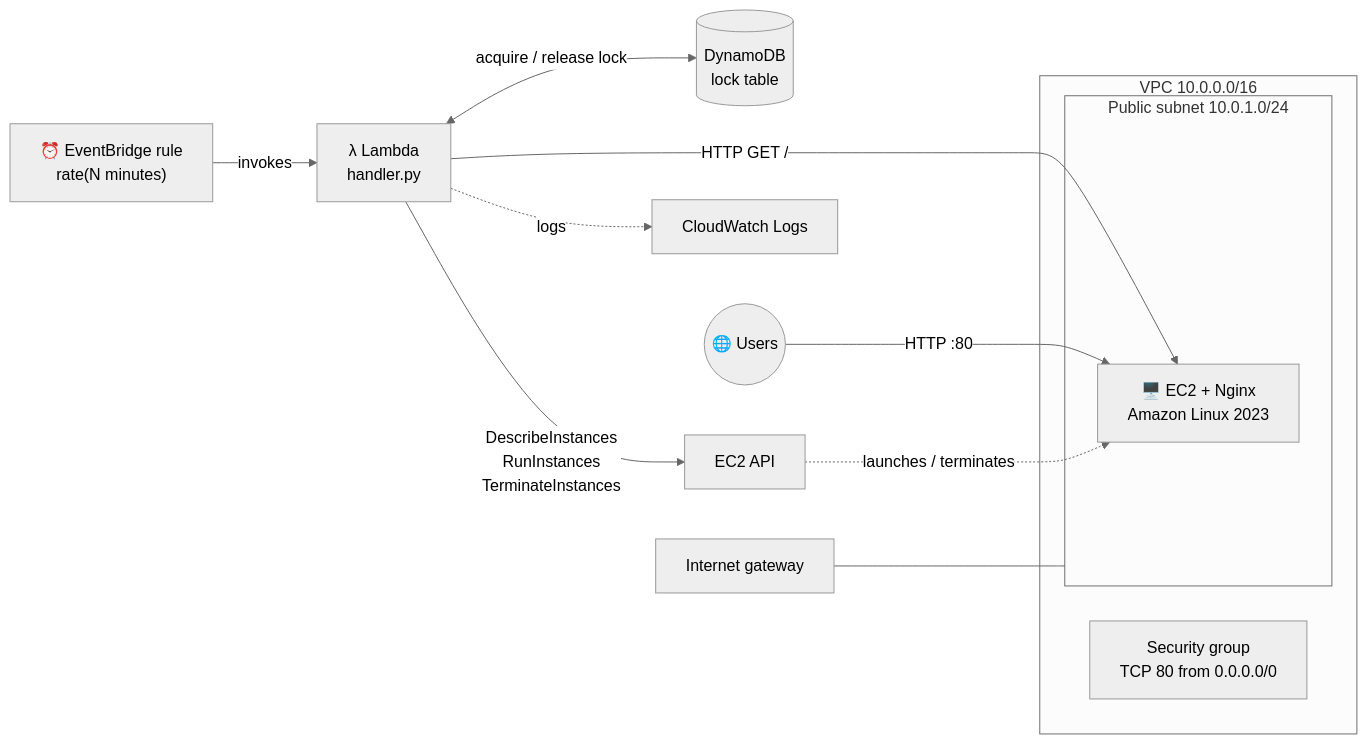
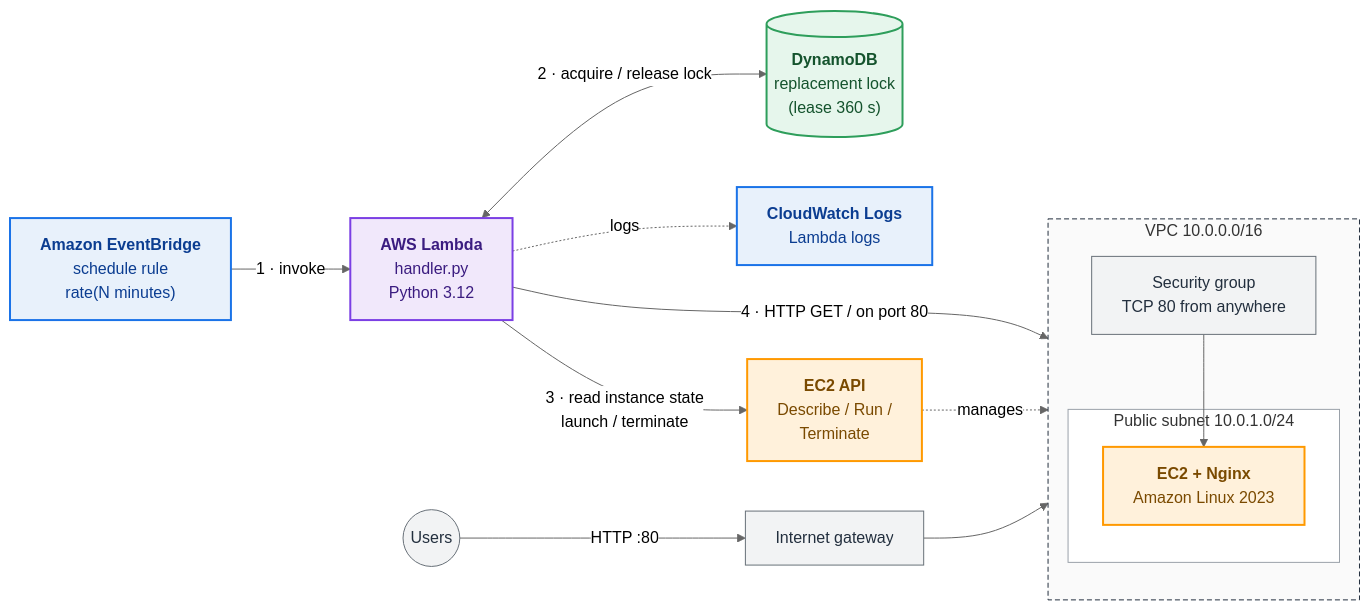
The first of 2 diagrams in README.md (sabo1166/Automated-EC2-health-monitoring-and-recovery-using-AWS-Lambda-EventBridge-Terraform-and-Python.), drawn with Mermaid (neutral theme) before and after one commit. The commit also changed other lines of this file, not shown here.

````diff
--- a/README.md
+++ b/README.md
@@ -54,19 +58,35 @@
 ```mermaid
 flowchart LR
-    EB["⏰ EventBridge rule<br/>rate(N minutes)"] -->|invokes| L["λ Lambda<br/>handler.py"]
-    L <-->|"acquire / release lock"| DDB[("DynamoDB<br/>lock table")]
-    L -->|"DescribeInstances<br/>RunInstances<br/>TerminateInstances"| EC2API["EC2 API"]
-    L -->|"HTTP GET /"| WEB
-    L -.->|logs| CW["CloudWatch Logs"]
+    EB["<b>Amazon EventBridge</b><br/>schedule rule<br/>rate(N minutes)"]:::eventbridge
+    L["<b>AWS Lambda</b><br/>handler.py<br/>Python 3.12"]:::lambda
+    DDB[("<b>DynamoDB</b><br/>replacement lock<br/>(lease 360 s)")]:::lock
+    CW["<b>CloudWatch Logs</b><br/>Lambda logs"]:::eventbridge
+    API["<b>EC2 API</b><br/>Describe / Run /<br/>Terminate"]:::ec2
 
     subgraph VPC["VPC 10.0.0.0/16"]
+        direction TB
         subgraph SUB["Public subnet 10.0.1.0/24"]
-            WEB["🖥️ EC2 + Nginx<br/>Amazon Linux 2023"]
+            WEB["<b>EC2 + Nginx</b><br/>Amazon Linux 2023"]:::ec2
         end
-        SG["Security group<br/>TCP 80 from 0.0.0.0/0"]
+        SG["Security group<br/>TCP 80 from anywhere"]:::neutral
     end
 
-    IGW["Internet gateway"] --- SUB
-    USER(("🌐 Users")) -->|HTTP :80| WEB
-    EC2API -.->|"launches / terminates"| WEB
+    IGW["Internet gateway"]:::neutral
+    USER(("Users")):::neutral
+
+    EB -->|"1 · invoke"| L
+    L <-->|"2 · acquire / release lock"| DDB
+    L -->|"3 · read instance state<br/>launch / terminate"| API
+    L -->|"4 · HTTP GET / on port 80"| WEB
+    L -.->|"logs"| CW
+    API -.->|"manages"| WEB
+    USER -->|"HTTP :80"| IGW --> SG --> WEB
+
+    classDef eventbridge fill:#E8F1FB,stroke:#1A73E8,color:#0B3D91,stroke-width:2px
+    classDef lambda fill:#F1E8FB,stroke:#7B3FE4,color:#3B1C80,stroke-width:2px
+    classDef ec2 fill:#FFF1DB,stroke:#FF9900,color:#7A4A00,stroke-width:2px
+    classDef lock fill:#E6F6EC,stroke:#2E9E5B,color:#14532D,stroke-width:2px
+    classDef neutral fill:#F2F3F4,stroke:#687078,color:#232F3E
+    style VPC fill:#FAFAFA,stroke:#232F3E,stroke-dasharray: 5 3
+    style SUB fill:#FFFFFF,stroke:#9AA1A9
 ```
````
